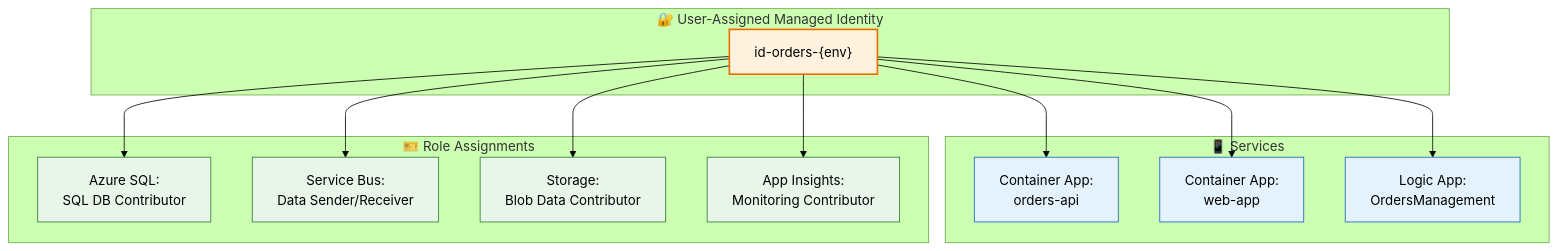
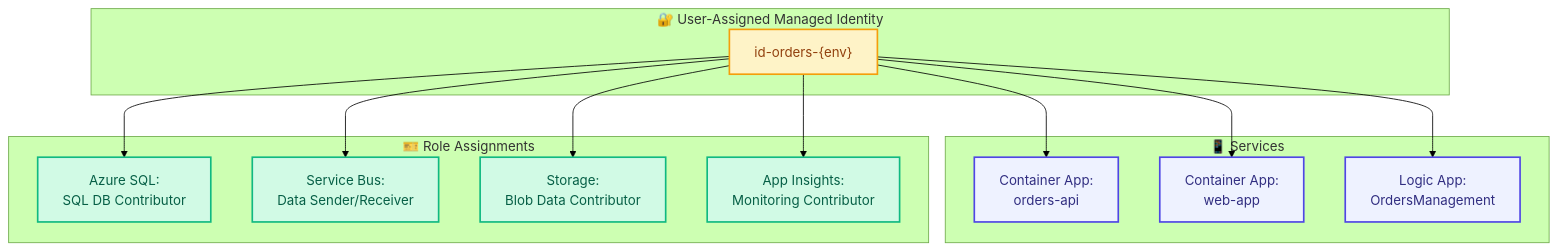
Before and after one commit to Evilazaro/Azure-LogicApps-Monitoring: the second of 4 diagrams in docs/architecture/06-security-architecture.md, drawn with Mermaid (forest theme). The commit also changed other lines of this file and 1 other file, not shown here.

Commit message:
feat(docs): Update security and deployment architecture diagrams with modern color palette and detailed annotations

````diff
--- a/docs/architecture/06-security-architecture.md
+++ b/docs/architecture/06-security-architecture.md
@@ -112,35 +115,38 @@
 ```mermaid
 flowchart TB
+    %% Managed Identity Architecture - Role assignments for services
     subgraph Identity["🔐 User-Assigned Managed Identity"]
         MI["id-orders-{env}"]
     end
 
     subgraph Services["📱 Services"]
         API["Container App:<br/>orders-api"]
         Web["Container App:<br/>web-app"]
         LA["Logic App:<br/>OrdersManagement"]
     end
 
     subgraph Roles["🎫 Role Assignments"]
         SQLRole["Azure SQL:<br/>SQL DB Contributor"]
         SBRole["Service Bus:<br/>Data Sender/Receiver"]
         StorageRole["Storage:<br/>Blob Data Contributor"]
         AIRole["App Insights:<br/>Monitoring Contributor"]
     end
 
+    %% Identity bindings
     MI --> API
     MI --> Web
     MI --> LA
     MI --> SQLRole
     MI --> SBRole
     MI --> StorageRole
     MI --> AIRole
 
-    classDef identity fill:#fff3e0,stroke:#ef6c00,stroke-width:2px
-    classDef service fill:#e3f2fd,stroke:#1565c0
-    classDef role fill:#e8f5e9,stroke:#2e7d32
+    %% Modern color palette - WCAG AA compliant
+    classDef identity fill:#FEF3C7,stroke:#F59E0B,stroke-width:2px,color:#92400E
+    classDef service fill:#EEF2FF,stroke:#4F46E5,stroke-width:2px,color:#312E81
+    classDef role fill:#D1FAE5,stroke:#10B981,stroke-width:2px,color:#065F46
 
     class MI identity
     class API,Web,LA service
     class SQLRole,SBRole,StorageRole,AIRole role
 ```
````
